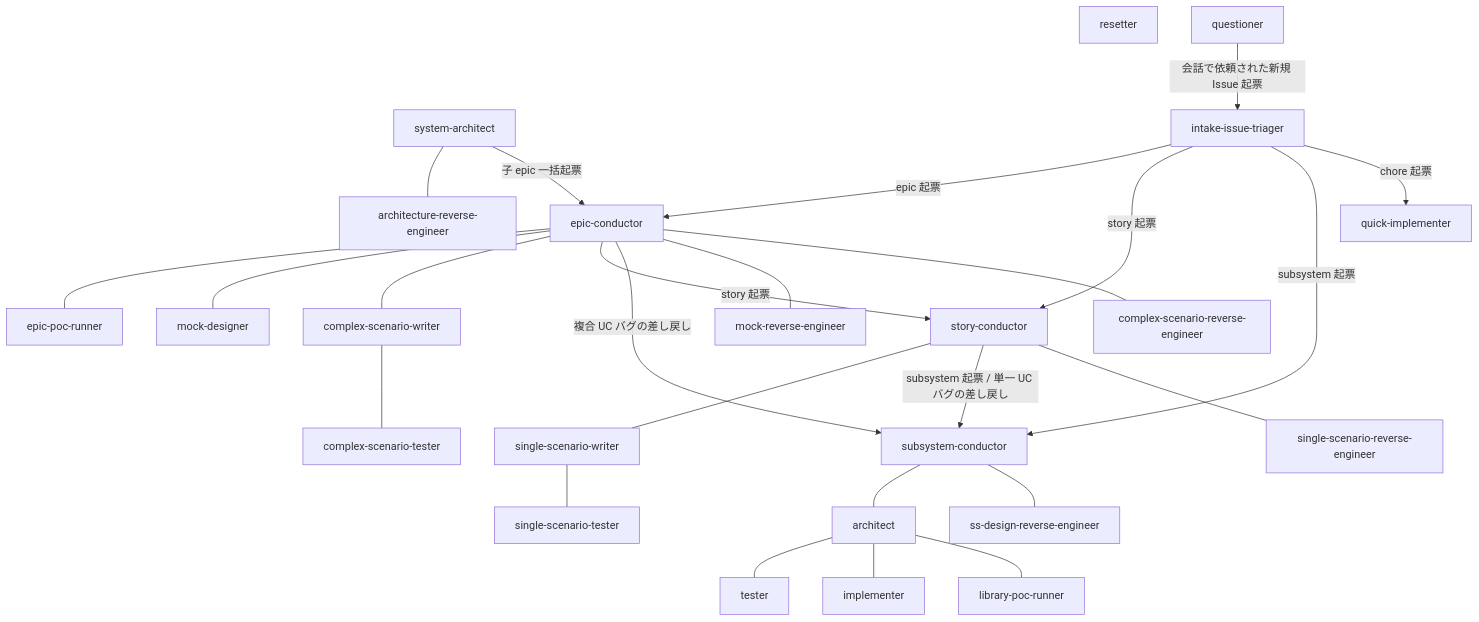
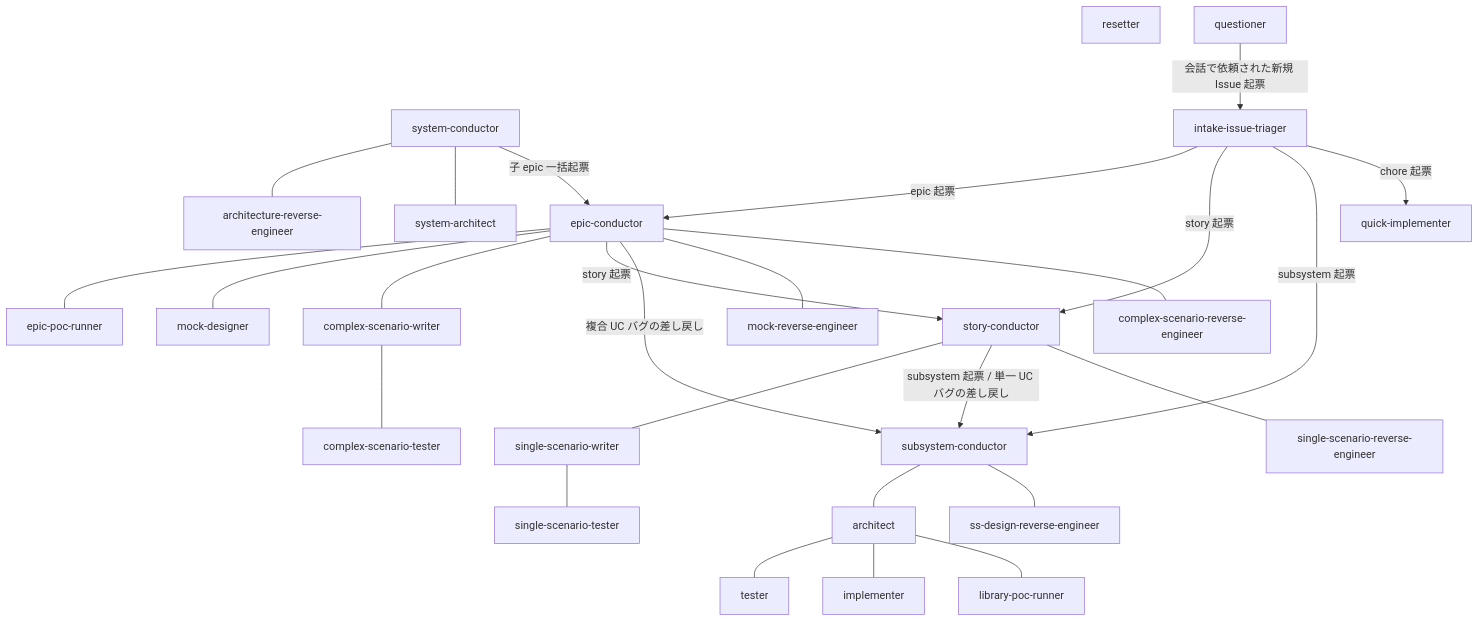
The diagram in docs/wiki/プロジェクト管理/エージェント組織図.md (shuhei1101/ai-monitor), drawn with Mermaid before and after one commit. The commit also changed other lines of this file and 304 other files, not shown here.

````diff
--- a/docs/wiki/プロジェクト管理/エージェント組織図.md
+++ b/docs/wiki/プロジェクト管理/エージェント組織図.md
@@ -19,57 +19,59 @@
 ```mermaid
 flowchart TD
+  SYC[system-conductor]
   SYA[system-architect]
   ARE[architecture-reverse-engineer]
   MRE[mock-reverse-engineer]
   CRE[complex-scenario-reverse-engineer]
   SRE[single-scenario-reverse-engineer]
   DRE[ss-design-reverse-engineer]
   INTAKE[intake-issue-triager]
   EC[epic-conductor]
   SC[story-conductor]
   BC[subsystem-conductor]
   QIM[quick-implementer]
   EPR[epic-poc-runner]
   MD[mock-designer]
   CSW[complex-scenario-writer]
   CST[complex-scenario-tester]
   SSW[single-scenario-writer]
   SST[single-scenario-tester]
   ARC[architect]
   LPR[library-poc-runner]
   TST[tester]
   IMP[implementer]
   RST[resetter]
   QST[questioner]
 
-  SYA --- ARE
-  SYA -->|子 epic 一括起票| EC
+  SYC --- ARE
+  SYC --- SYA
+  SYC -->|子 epic 一括起票| EC
 
   INTAKE -->|epic 起票| EC
   INTAKE -->|story 起票| SC
   INTAKE -->|subsystem 起票| BC
   INTAKE -->|chore 起票| QIM
 
   EC --- EPR
   EC --- MD
   EC --- CSW
   EC -->|story 起票| SC
   EC -->|複合 UC バグの差し戻し| BC
   CSW --- CST
   EC --- MRE
   EC --- CRE
 
   SC --- SSW
   SC -->|subsystem 起票 / 単一 UC バグの差し戻し| BC
   SSW --- SST
   SC --- SRE
 
   BC --- ARC
   ARC --- TST
   ARC --- IMP
   ARC --- LPR
   BC --- DRE
 
   RST
   QST -->|会話で依頼された新規 Issue 起票| INTAKE
 ```
````
